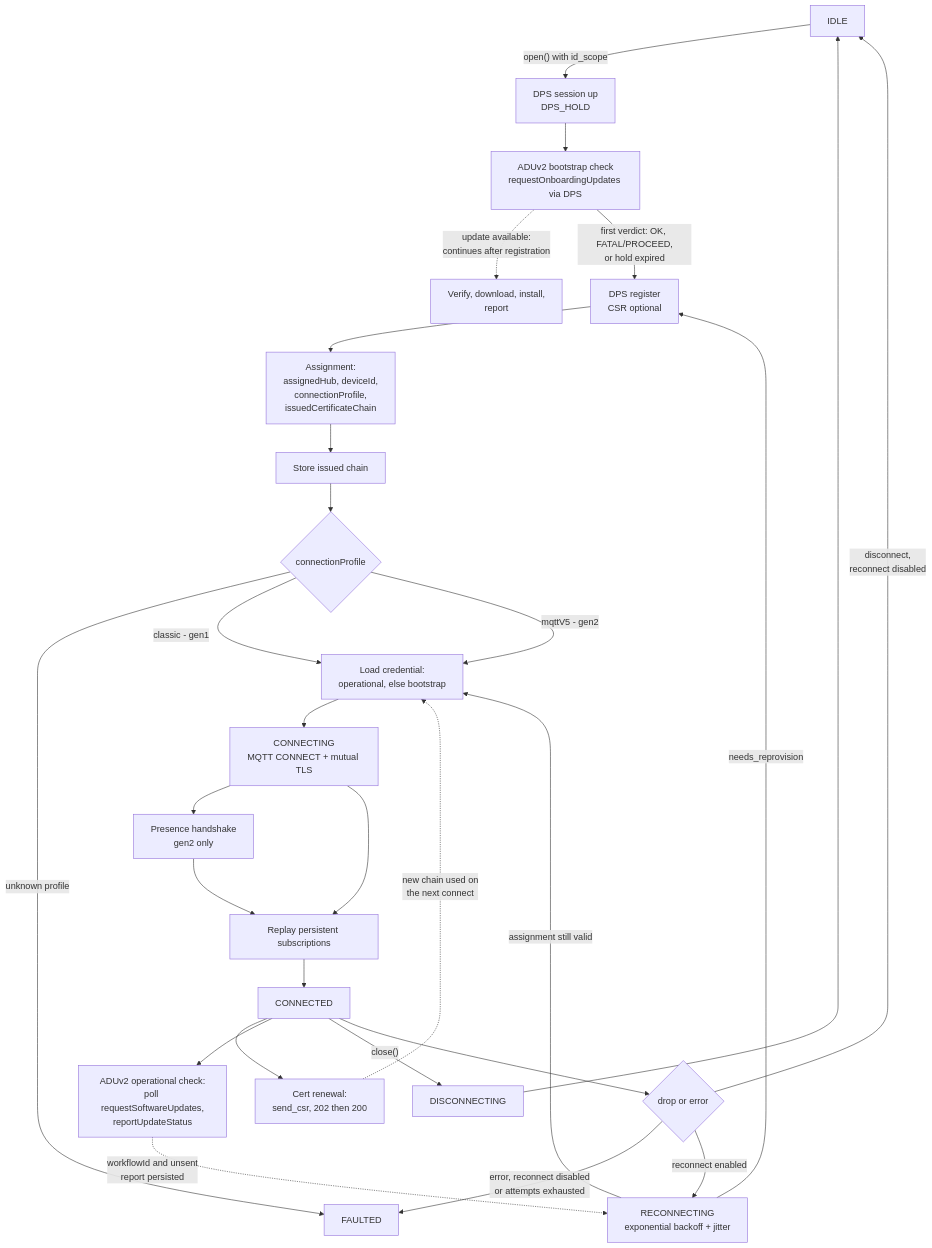
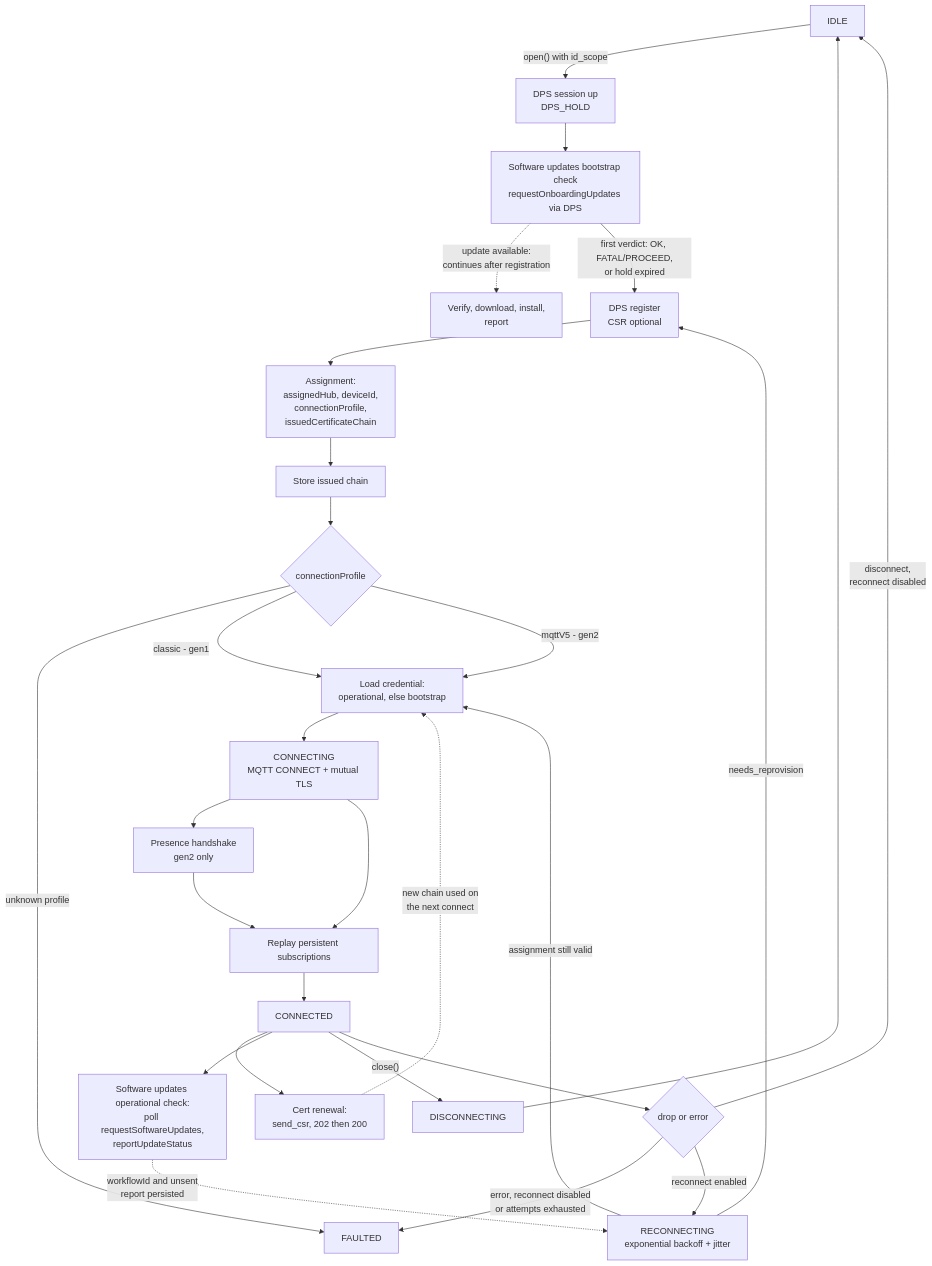
Before and after one commit to Azure/azure-iot-sdk: the ninth of 9 diagrams in c/docs/eng/connection-c.md, drawn with Mermaid. The commit also changed other lines of this file and 144 other files, not shown here.

````diff
--- a/c/docs/eng/connection-c.md
+++ b/c/docs/eng/connection-c.md
@@ -716,34 +716,34 @@
 ```mermaid
 flowchart TB
     IDLE["IDLE"] -->|"open() with id_scope"| DSESS["DPS session up<br/>DPS_HOLD"]
-    DSESS --> BCHK["ADUv2 bootstrap check<br/>requestOnboardingUpdates via DPS"]
+    DSESS --> BCHK["Software updates bootstrap check<br/>requestOnboardingUpdates via DPS"]
     BCHK -.->|"update available:<br/>continues after registration"| BINST["Verify, download, install,<br/>report"]
     BCHK -->|"first verdict: OK, FATAL/PROCEED,<br/>or hold expired"| REG["DPS register<br/>CSR optional"]
 
     REG --> ASSIGN["Assignment:<br/>assignedHub, deviceId,<br/>connectionProfile,<br/>issuedCertificateChain"]
     ASSIGN --> STORE1["Store issued chain"]
     STORE1 --> PROFILE{"connectionProfile"}
 
     PROFILE -->|"unknown profile"| FAULTED
     PROFILE -->|"classic - gen1"| CRED
     PROFILE -->|"mqttV5 - gen2"| CRED["Load credential:<br/>operational, else bootstrap"]
 
     CRED --> CONNECTING["CONNECTING<br/>MQTT CONNECT + mutual TLS"]
     CONNECTING --> BIRTH["Presence handshake<br/>gen2 only"]
     BIRTH --> SUBS["Replay persistent subscriptions"]
     CONNECTING --> SUBS
     SUBS --> CONNECTED["CONNECTED"]
 
     CONNECTED --> CRENEW["Cert renewal:<br/>send_csr, 202 then 200"]
     CRENEW -.->|"new chain used on<br/>the next connect"| CRED
-    CONNECTED --> ARENEW["ADUv2 operational check:<br/>poll requestSoftwareUpdates,<br/>reportUpdateStatus"]
+    CONNECTED --> ARENEW["Software updates operational check:<br/>poll requestSoftwareUpdates,<br/>reportUpdateStatus"]
 
     CONNECTED -->|"close()"| DISC["DISCONNECTING"] --> IDLE
     CONNECTED --> DROP{"drop or error"}
     DROP -->|"error, reconnect disabled<br/>or attempts exhausted"| FAULTED["FAULTED"]
     DROP -->|"disconnect,<br/>reconnect disabled"| IDLE
     DROP -->|"reconnect enabled"| RECON["RECONNECTING<br/>exponential backoff + jitter"]
     RECON -->|"needs_reprovision"| REG
     RECON -->|"assignment still valid"| CRED
     ARENEW -.->|"workflowId and unsent<br/>report persisted"| RECON
 ```
````
